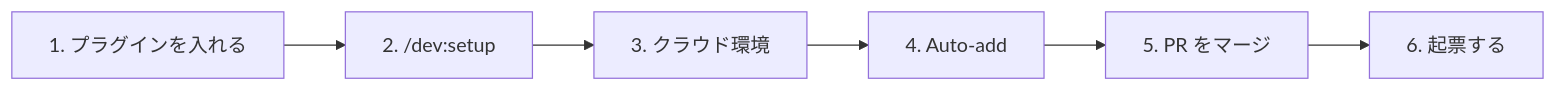
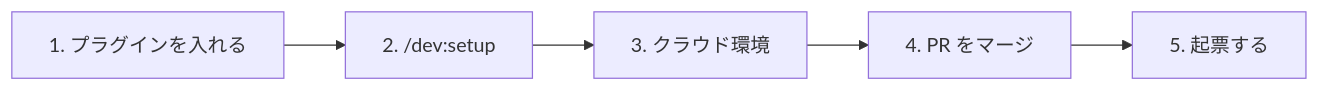
One commit to theindiehacker/fastship-plugin changed the second of 3 diagrams in README.md. Above: the diagram before and after it, drawn with Mermaid. The commit also changed other lines of this file and 8 other files, not shown here.

````diff
--- a/README.md
+++ b/README.md
@@ -50,4 +46,4 @@
 ```mermaid
 flowchart LR
-    plugin["1. プラグインを入れる"] --> setup["2. /dev:setup"] --> env["3. クラウド環境"] --> auto["4. Auto-add"] --> merge["5. PR をマージ"] --> issue["6. 起票する"]
+    plugin["1. プラグインを入れる"] --> setup["2. /dev:setup"] --> env["3. クラウド環境"] --> merge["4. PR をマージ"] --> issue["5. 起票する"]
 ```
````
